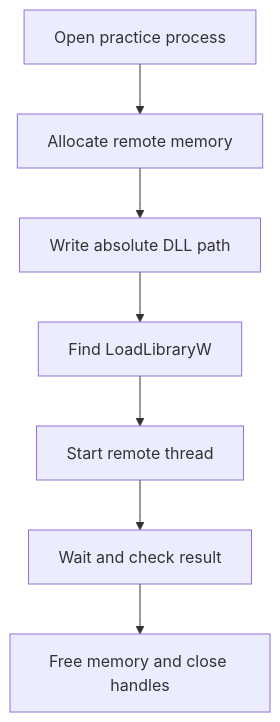
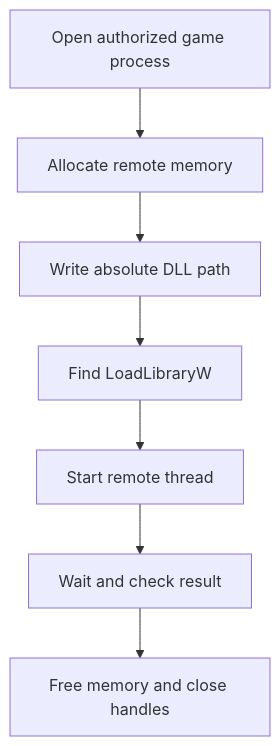
The diagram in _pages/7/01.md (MustCodeAl/rust-game-hacking-book), drawn with Mermaid before and after one commit. The commit also changed other lines of this file and 127 other files, not shown here.

````diff
--- a/_pages/7/01.md
+++ b/_pages/7/01.md
@@ -25,9 +35,9 @@
 ```mermaid
 flowchart TD
-    A["Open practice process"] --> B["Allocate remote memory"]
+    A["Open authorized game process"] --> B["Allocate remote memory"]
     B --> C["Write absolute DLL path"]
     C --> D["Find LoadLibraryW"]
     D --> E["Start remote thread"]
     E --> F["Wait and check result"]
     F --> G["Free memory and close handles"]
 ```
````
